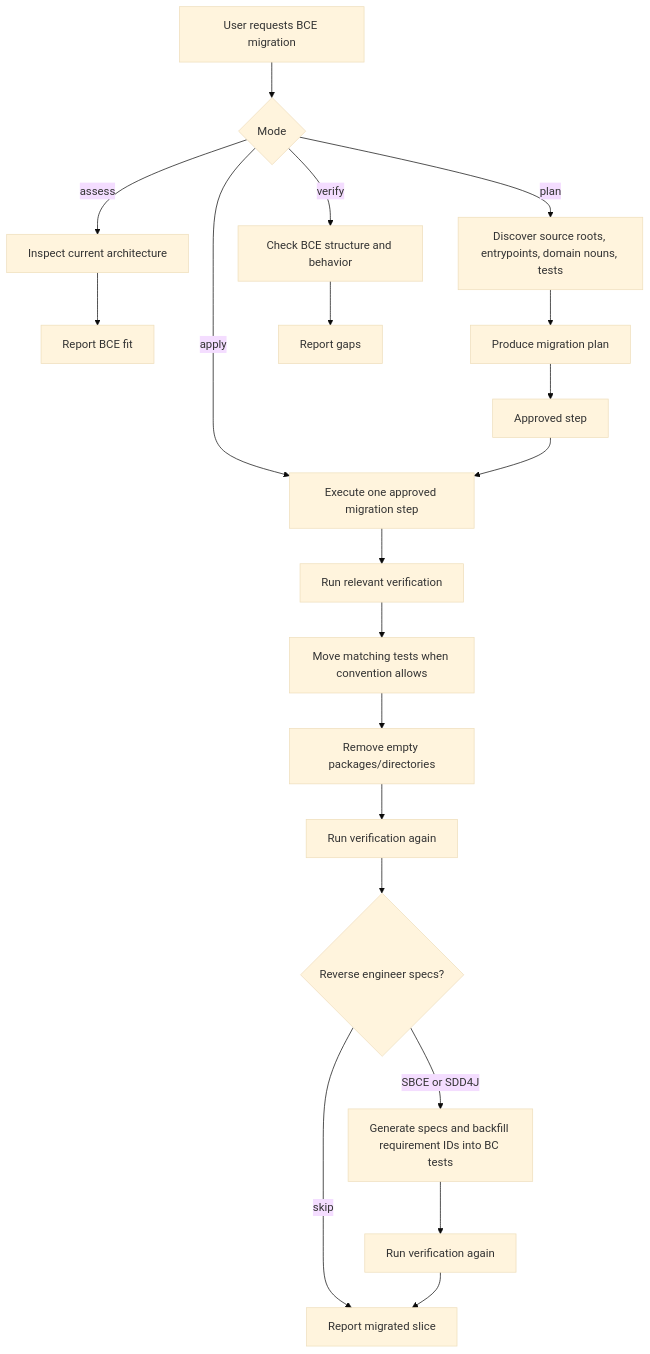
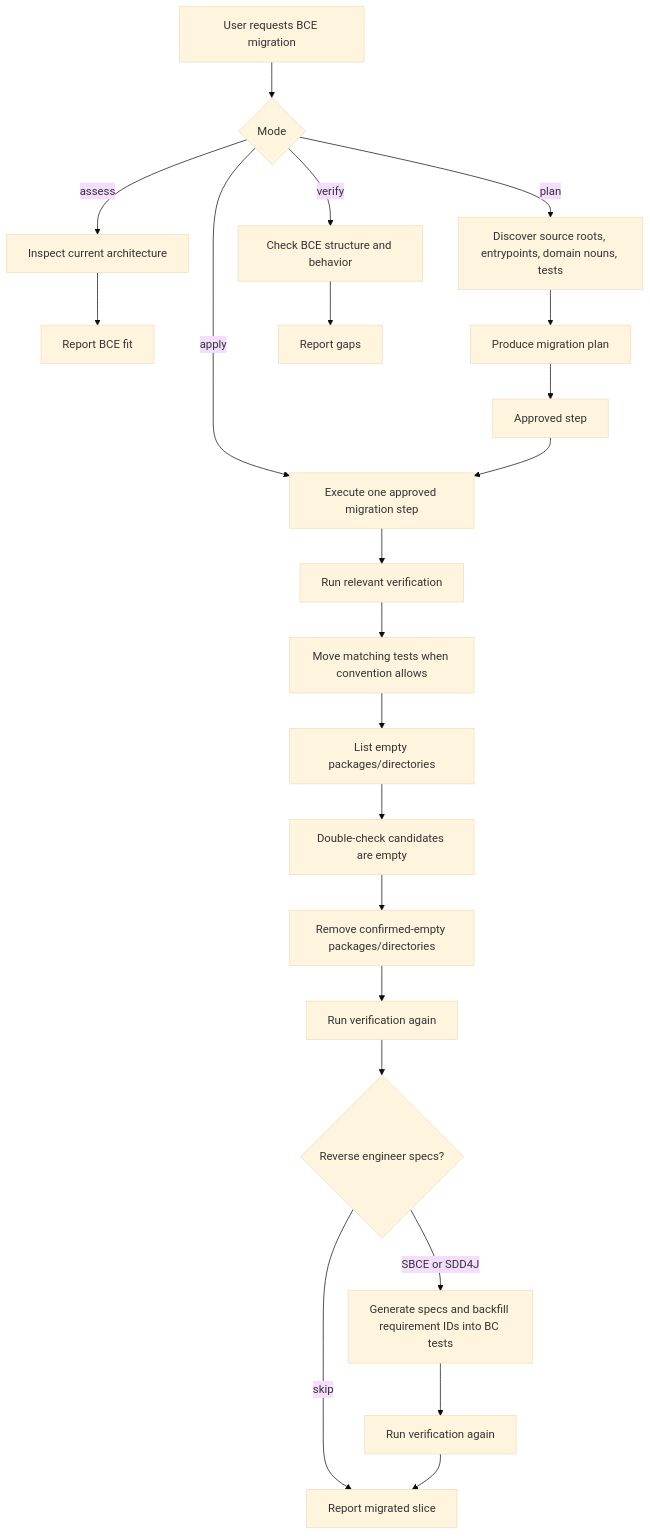
The first of 2 diagrams in skills/migrate-to-bce/README.md (dearrudam/agent-skills-01), drawn with Mermaid (base theme) before and after one commit. The commit also changed other lines of this file and 1 other file, not shown here.

Commit message:
docs(migrate-to-bce): double-check cleanup

````diff
--- a/skills/migrate-to-bce/README.md
+++ b/skills/migrate-to-bce/README.md
@@ -11,22 +11,24 @@
 ```mermaid
 flowchart TD
   A[User requests BCE migration] --> B{Mode}
   B -->|assess| C[Inspect current architecture]
   B -->|plan| D[Discover source roots, entrypoints, domain nouns, tests]
   B -->|apply| E[Execute one approved migration step]
   B -->|verify| F[Check BCE structure and behavior]
   C --> G[Report BCE fit]
   D --> H[Produce migration plan]
   H --> I[Approved step]
   I --> E
   E --> J[Run relevant verification]
   J --> K[Move matching tests when convention allows]
-  K --> R[Remove empty packages/directories]
-  R --> L[Run verification again]
+  K --> R[List empty packages/directories]
+  R --> S[Double-check candidates are empty]
+  S --> T[Remove confirmed-empty packages/directories]
+  T --> L[Run verification again]
   L --> N{Reverse engineer specs?}
   N -->|SBCE or SDD4J| O[Generate specs and backfill requirement IDs into BC tests]
   O --> P[Run verification again]
   N -->|skip| Q[Report migrated slice]
   P --> Q
   F --> M[Report gaps]
 ```
````
